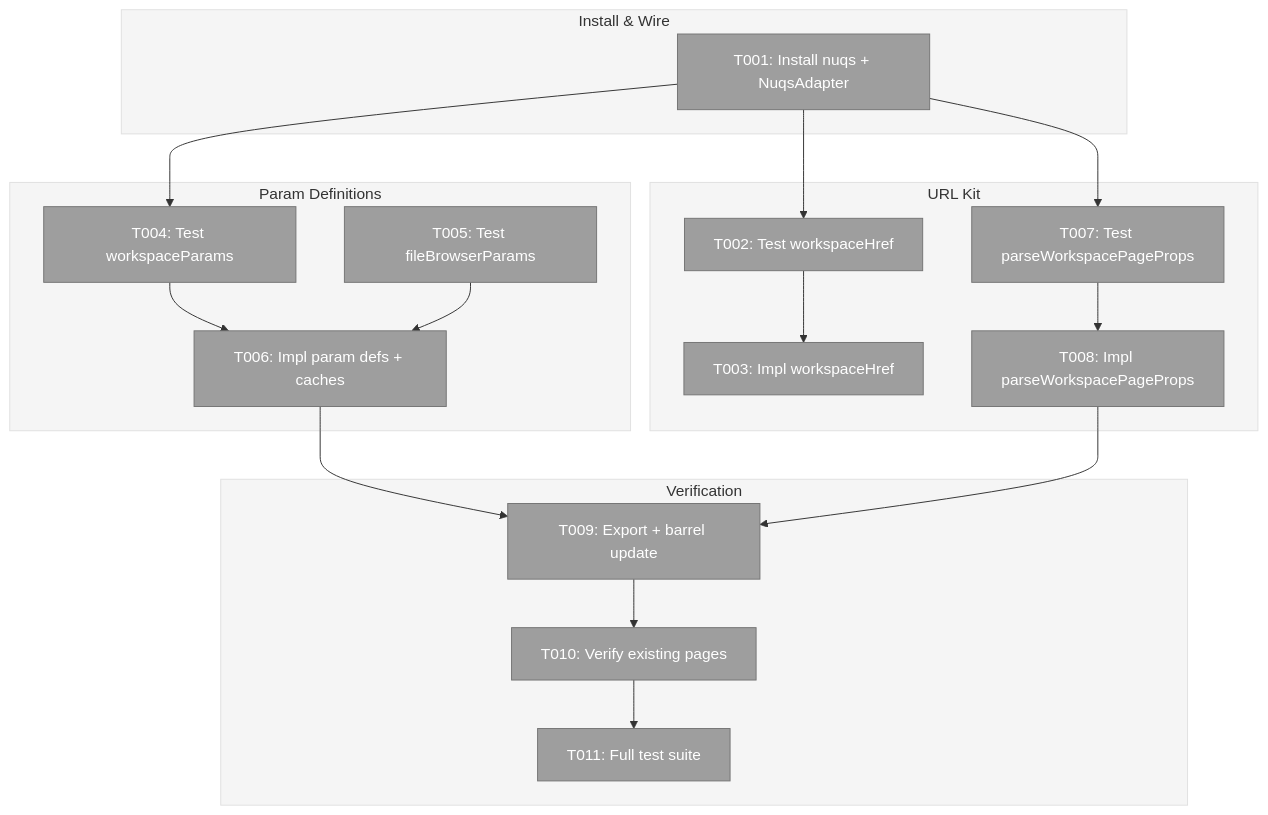
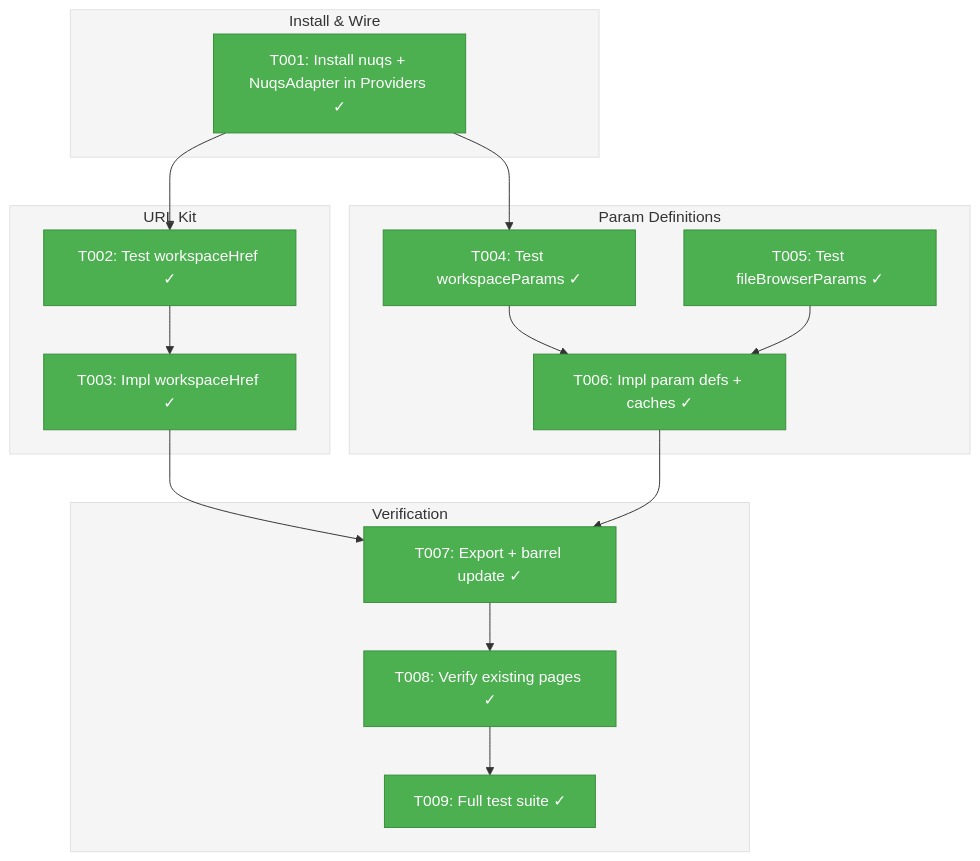
One commit to AI-Substrate/chainglass changed the first of 3 diagrams in docs/plans/041-file-browser/tasks/phase-2-deep-linking-url-state/tasks.md. Above: the diagram before and after it, drawn with Mermaid. The commit also changed other lines of this file and 16 other files, not shown here.

````diff
--- a/docs/plans/041-file-browser/tasks/phase-2-deep-linking-url-state/tasks.md
+++ b/docs/plans/041-file-browser/tasks/phase-2-deep-linking-url-state/tasks.md
@@ -106,50 +115,46 @@
 ```mermaid
 flowchart TD
     classDef pending fill:#9E9E9E,stroke:#757575,color:#fff
     classDef inprogress fill:#FF9800,stroke:#F57C00,color:#fff
     classDef completed fill:#4CAF50,stroke:#388E3C,color:#fff
     classDef blocked fill:#F44336,stroke:#D32F2F,color:#fff
 
     style Install fill:#F5F5F5,stroke:#E0E0E0
     style URLKit fill:#F5F5F5,stroke:#E0E0E0
     style Params fill:#F5F5F5,stroke:#E0E0E0
     style Verify fill:#F5F5F5,stroke:#E0E0E0
 
     subgraph Install["Install & Wire"]
-        T001["T001: Install nuqs + NuqsAdapter"]:::pending
+        T001["T001: Install nuqs + NuqsAdapter in Providers ✓"]:::completed
     end
 
     subgraph URLKit["URL Kit"]
-        T002["T002: Test workspaceHref"]:::pending
-        T003["T003: Impl workspaceHref"]:::pending
-        T007["T007: Test parseWorkspacePageProps"]:::pending
-        T008["T008: Impl parseWorkspacePageProps"]:::pending
+        T002["T002: Test workspaceHref ✓"]:::completed
+        T003["T003: Impl workspaceHref ✓"]:::completed
 
         T002 --> T003
-        T007 --> T008
     end
 
     subgraph Params["Param Definitions"]
-        T004["T004: Test workspaceParams"]:::pending
-        T005["T005: Test fileBrowserParams"]:::pending
-        T006["T006: Impl param defs + caches"]:::pending
+        T004["T004: Test workspaceParams ✓"]:::completed
+        T005["T005: Test fileBrowserParams ✓"]:::completed
+        T006["T006: Impl param defs + caches ✓"]:::completed
 
         T004 --> T006
         T005 --> T006
     end
 
     subgraph Verify["Verification"]
-        T009["T009: Export + barrel update"]:::pending
-        T010["T010: Verify existing pages"]:::pending
-        T011["T011: Full test suite"]:::pending
+        T007["T007: Export + barrel update ✓"]:::completed
+        T008["T008: Verify existing pages ✓"]:::completed
+        T009["T009: Full test suite ✓"]:::completed
 
-        T006 --> T009
+        T003 --> T007
+        T006 --> T007
+        T007 --> T008
         T008 --> T009
-        T009 --> T010
-        T010 --> T011
     end
 
     T001 --> T002
     T001 --> T004
-    T001 --> T007
 ```
````
